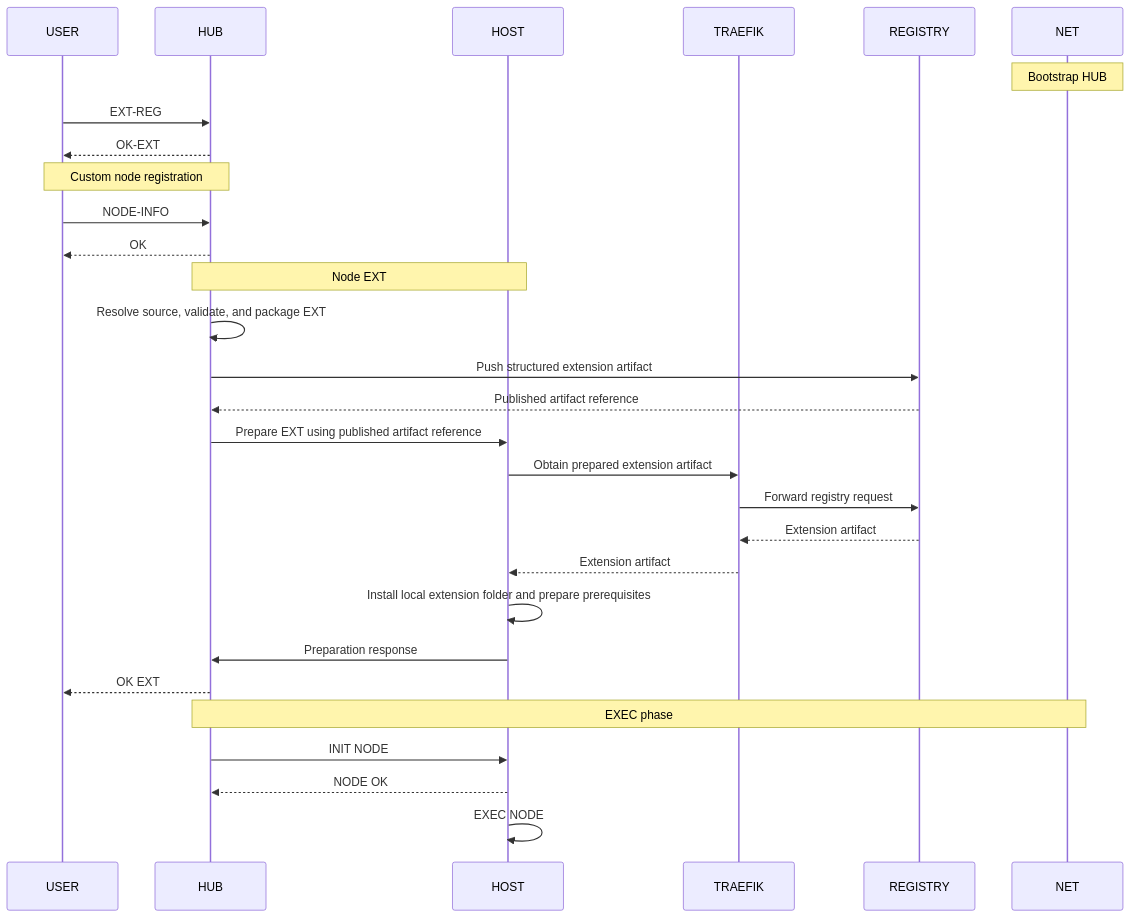
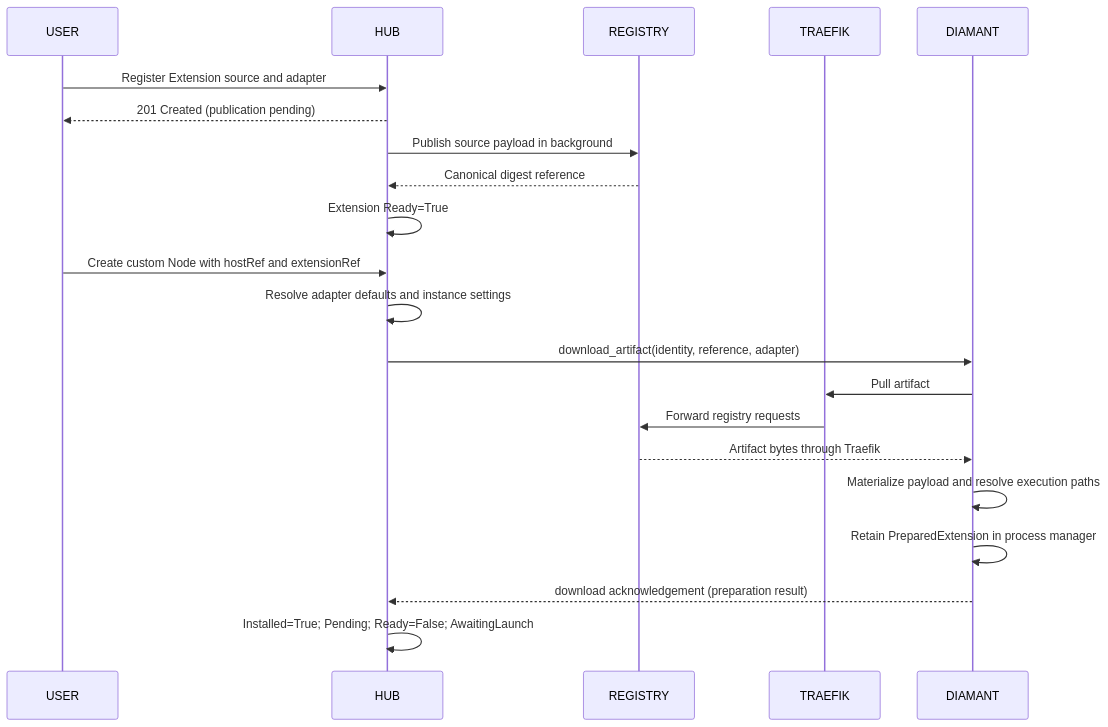
Before and after one commit to Suntitle/Suntitle: the second of 3 diagrams in ai/custom-node-type-plan.md, drawn with Mermaid. The commit also changed other lines of this file and 31 other files, not shown here.

Commit message:
Prepare custom extensions on hosts with shared execution contracts

````diff
--- a/ai/custom-node-type-plan.md
+++ b/ai/custom-node-type-plan.md
@@ -143,38 +153,23 @@
 ```mermaid
 sequenceDiagram
     participant USER
     participant HUB
-    participant HOST
+    participant REGISTRY
     participant TRAEFIK
-    participant REGISTRY
-    participant NET
-
-    Note over NET: Bootstrap HUB
-
-    USER->>HUB: EXT-REG
-    HUB-->>USER: OK-EXT
-    Note over USER,HUB: Custom node registration
-
-    USER->>HUB: NODE-INFO
-    HUB-->>USER: OK
-
-    Note over HUB,HOST: Node EXT
-
-    HUB->>HUB: Resolve source, validate, and package EXT
-    HUB->>REGISTRY: Push structured extension artifact
-    REGISTRY-->>HUB: Published artifact reference
-    HUB->>HOST: Prepare EXT using published artifact reference
-    HOST->>TRAEFIK: Obtain prepared extension artifact
-    TRAEFIK->>REGISTRY: Forward registry request
-    REGISTRY-->>TRAEFIK: Extension artifact
-    TRAEFIK-->>HOST: Extension artifact
-    HOST->>HOST: Install local extension folder and prepare prerequisites
-    HOST->>HUB: Preparation response
-    HUB-->>USER: OK EXT
-
-    Note over HUB,NET: EXEC phase
-
-    HUB->>HOST: INIT NODE
-    HOST-->>HUB: NODE OK
-    HOST->>HOST: EXEC NODE
+    participant DIAMANT
+    USER->>HUB: Register Extension source and adapter
+    HUB-->>USER: 201 Created (publication pending)
+    HUB->>REGISTRY: Publish source payload in background
+    REGISTRY-->>HUB: Canonical digest reference
+    HUB->>HUB: Extension Ready=True
+    USER->>HUB: Create custom Node with hostRef and extensionRef
+    HUB->>HUB: Resolve adapter defaults and instance settings
+    HUB->>DIAMANT: download_artifact(identity, reference, adapter)
+    DIAMANT->>TRAEFIK: Pull artifact
+    TRAEFIK->>REGISTRY: Forward registry requests
+    REGISTRY-->>DIAMANT: Artifact bytes through Traefik
+    DIAMANT->>DIAMANT: Materialize payload and resolve execution paths
+    DIAMANT->>DIAMANT: Retain PreparedExtension in process manager
+    DIAMANT-->>HUB: download acknowledgement (preparation result)
+    HUB->>HUB: Installed=True#59; Pending#59; Ready=False#59; AwaitingLaunch
 ```
````
